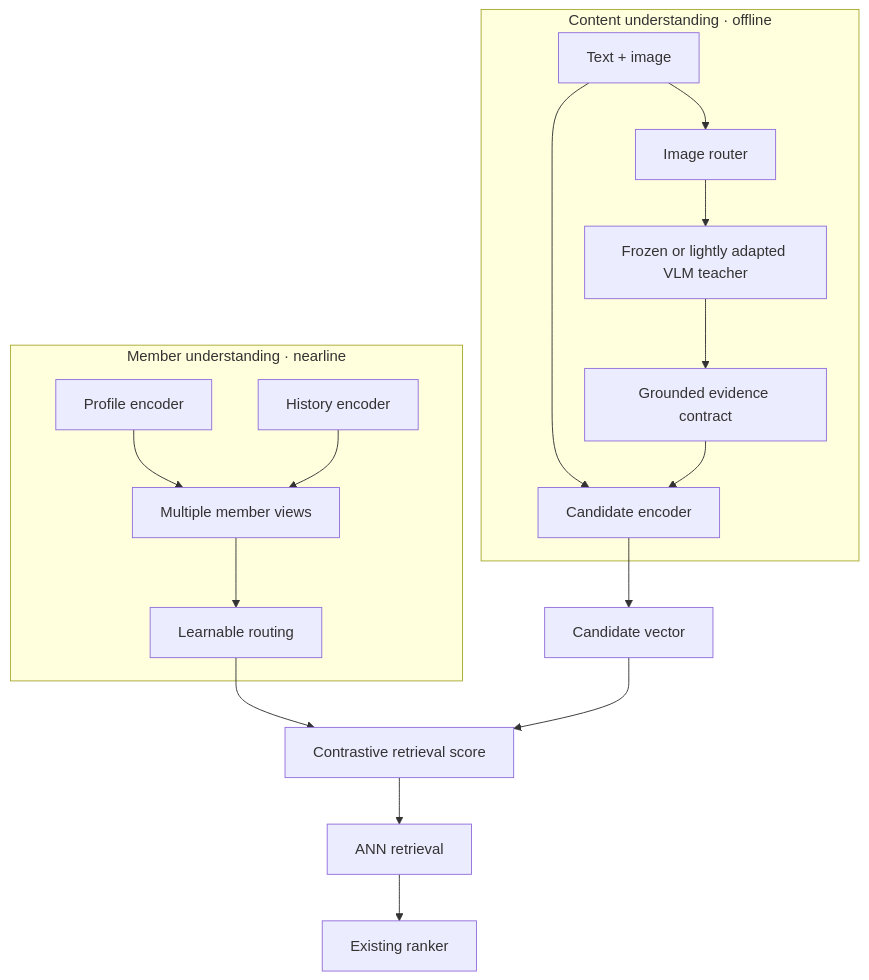
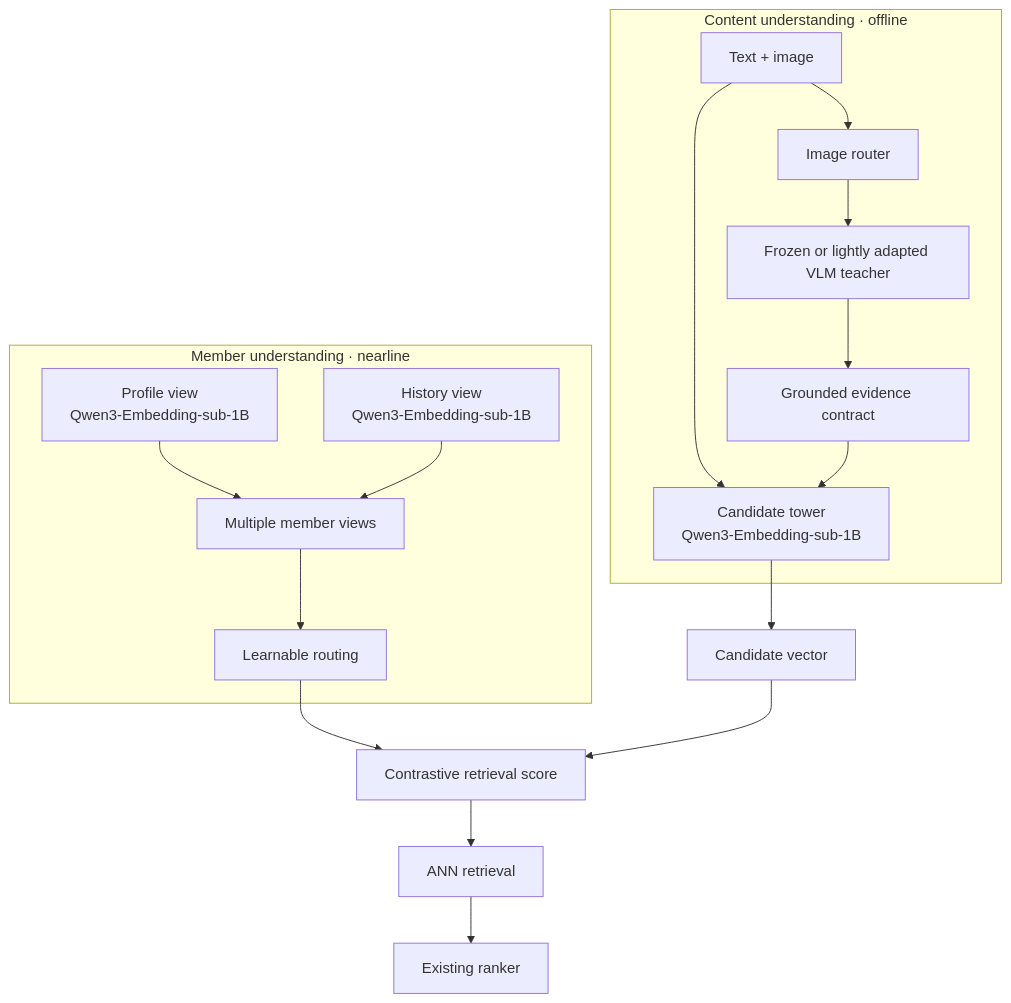
Before and after one commit to tianyi-zhang-02/cooking-agi: the second of 3 diagrams in 01-data-and-feedback/noise-to-signal-retrieval.en.md, drawn with Mermaid. The commit also changed other lines of this file and 2 other files, not shown here.

Commit message:
Explain retrieval architecture and model selection

````diff
--- a/01-data-and-feedback/noise-to-signal-retrieval.en.md
+++ b/01-data-and-feedback/noise-to-signal-retrieval.en.md
@@ -68,20 +68,20 @@
 ```mermaid
 flowchart TB
     subgraph C["Content understanding · offline"]
         A["Text + image"] --> B["Image router"]
         B --> C1["Frozen or lightly adapted VLM teacher"]
         C1 --> D["Grounded evidence contract"]
-        A --> E["Candidate encoder"]
+        A --> E["Candidate tower<br/>Qwen3-Embedding-sub-1B"]
         D --> E
     end
     subgraph U["Member understanding · nearline"]
-        F["Profile encoder"] --> H["Multiple member views"]
-        G["History encoder"] --> H
+        F["Profile view<br/>Qwen3-Embedding-sub-1B"] --> H["Multiple member views"]
+        G["History view<br/>Qwen3-Embedding-sub-1B"] --> H
         H --> I["Learnable routing"]
     end
     E --> J["Candidate vector"]
     I --> K["Contrastive retrieval score"]
     J --> K
     K --> L["ANN retrieval"]
     L --> M["Existing ranker"]
 ```
````
